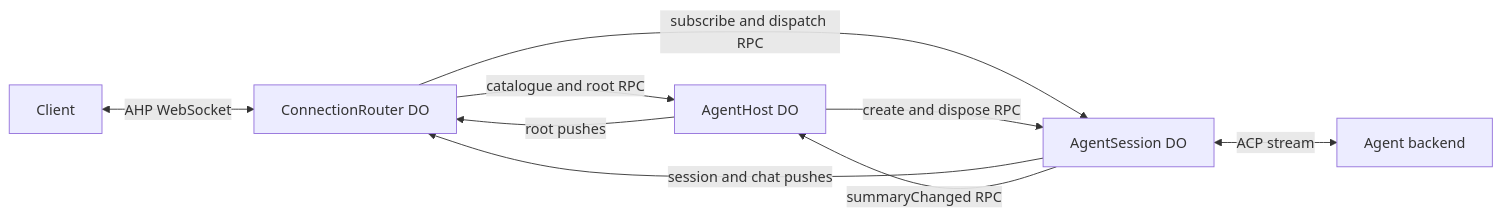
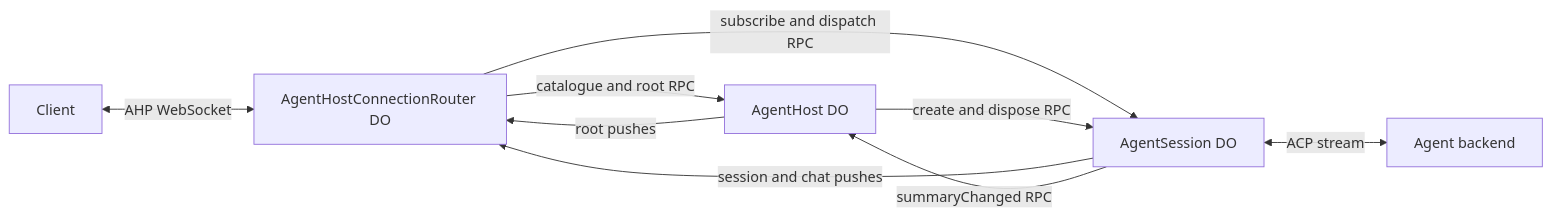
One commit to natewong1313/experiments changed the diagram in apps/agent-host/README.md. Above: the diagram before and after it, drawn with Mermaid. The commit also changed other lines of this file and 20 other files, not shown here.

Commit message:
refactor(agent-host): rename connection router to agent host connection router

````diff
--- a/apps/agent-host/README.md
+++ b/apps/agent-host/README.md
@@ -19,11 +19,11 @@
 ```mermaid
 flowchart LR
-  Client <-->|AHP WebSocket| Router[ConnectionRouter DO]
+  Client <-->|AHP WebSocket| Router[AgentHostConnectionRouter DO]
   Router -->|catalogue and root RPC| Host[AgentHost DO]
   Router -->|subscribe and dispatch RPC| Session[AgentSession DO]
   Host -->|create and dispose RPC| Session
   Host -->|root pushes| Router
   Session -->|session and chat pushes| Router
   Session -->|summaryChanged RPC| Host
   Session <-->|ACP stream| Backend[Agent backend]
 ```
````
